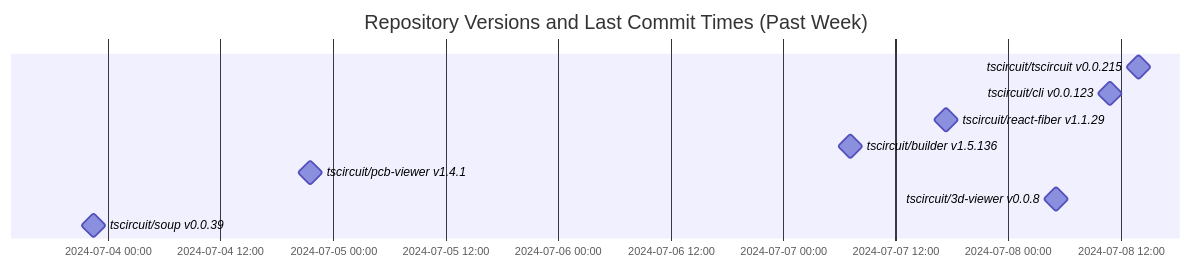
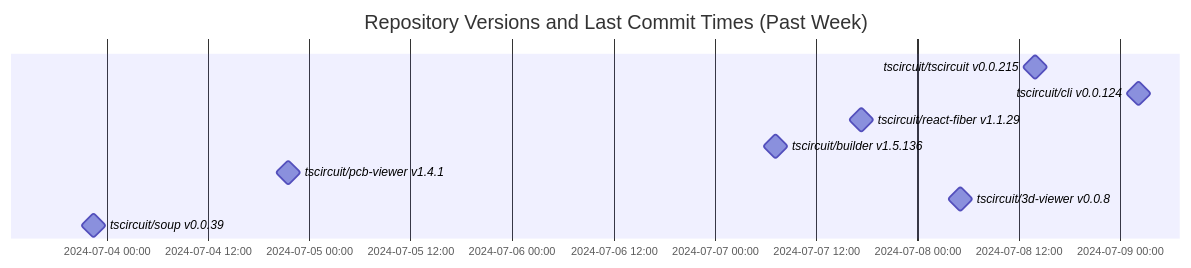
Before and after one commit to tscircuit/version-tracker: the diagram in README.md, drawn with Mermaid.

Commit message:
Update chart

````diff
--- a/README.md
+++ b/README.md
@@ -1,14 +1,14 @@
 ```mermaid
 gantt
   dateFormat  YYYY-MM-DD HH:mm:ss
   title Repository Versions and Last Commit Times (Past Week)
   axisFormat %Y-%m-%d %H:%M
 
   tscircuit/tscircuit v0.0.215 : milestone, 2024-07-08 13:54:52, 1s
-  tscircuit/cli v0.0.123 : milestone, 2024-07-08 10:54:56, 1s
+  tscircuit/cli v0.0.124 : milestone, 2024-07-09 02:09:39, 1s
   tscircuit/react-fiber v1.1.29 : milestone, 2024-07-07 17:23:26, 1s
   tscircuit/builder v1.5.136 : milestone, 2024-07-07 07:13:19, 1s
   tscircuit/pcb-viewer v1.4.1 : milestone, 2024-07-04 21:31:51, 1s
   tscircuit/3d-viewer v0.0.8 : milestone, 2024-07-08 05:06:01, 1s
   tscircuit/soup v0.0.39 : milestone, 2024-07-03 22:27:43, 1s
 ```
````
